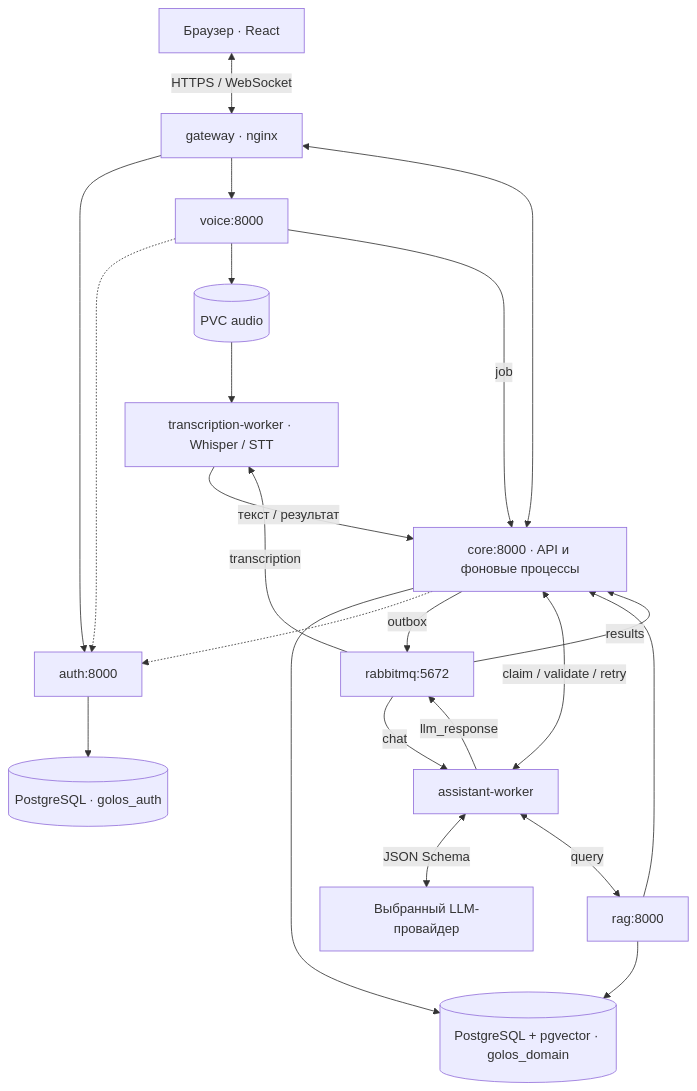
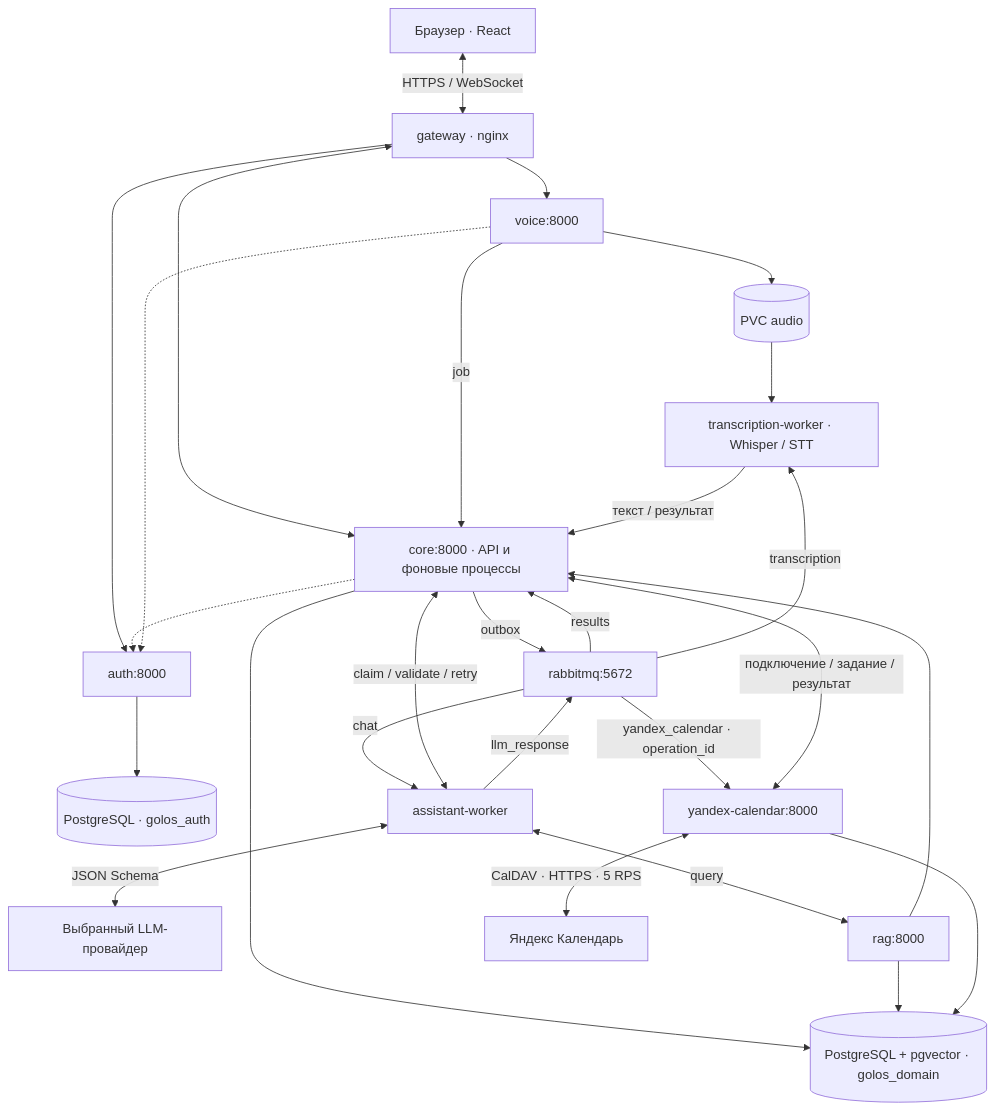
Before and after one commit to xm1k/voice-assistant: the diagram in ARCHITECTURE.md, drawn with Mermaid. The commit also changed other lines of this file and 178 other files, not shown here.

Commit message:
feat: integrate yandex calendar & update docs

````diff
--- a/ARCHITECTURE.md
+++ b/ARCHITECTURE.md
@@ -9,25 +9,29 @@
 ```mermaid
 flowchart TB
     browser["Браузер · React"] <-->|"HTTPS / WebSocket"| gateway["gateway · nginx"]
     gateway --> auth["auth:8000"]
     gateway --> voice["voice:8000"]
     gateway <--> core["core:8000 · API и фоновые процессы"]
     auth --> authdb[("PostgreSQL · golos_auth")]
     core --> domain[("PostgreSQL + pgvector · golos_domain")]
     core -.-> auth
     voice -.-> auth
     voice --> audio[("PVC audio")]
     voice -->|"job"| core
     core -->|"outbox"| rabbit["rabbitmq:5672"]
     rabbit -->|"chat"| worker["assistant-worker"]
     worker <-->|"claim / validate / retry"| core
     worker <-->|"JSON Schema"| llm["Выбранный LLM-провайдер"]
     worker <-->|"query"| rag["rag:8000"]
     rag --> core
     rag --> domain
     worker -->|"llm_response"| rabbit
     rabbit -->|"results"| core
     rabbit -->|"transcription"| transcription["transcription-worker · Whisper / STT"]
     audio --> transcription
     transcription -->|"текст / результат"| core
+    rabbit -->|"yandex_calendar · operation_id"| yandex["yandex-calendar:8000"]
+    core <-->|"подключение / задание / результат"| yandex
+    yandex --> domain
+    yandex <-->|"CalDAV · HTTPS · 5 RPS"| externalCalendar["Яндекс Календарь"]
 ```
````
